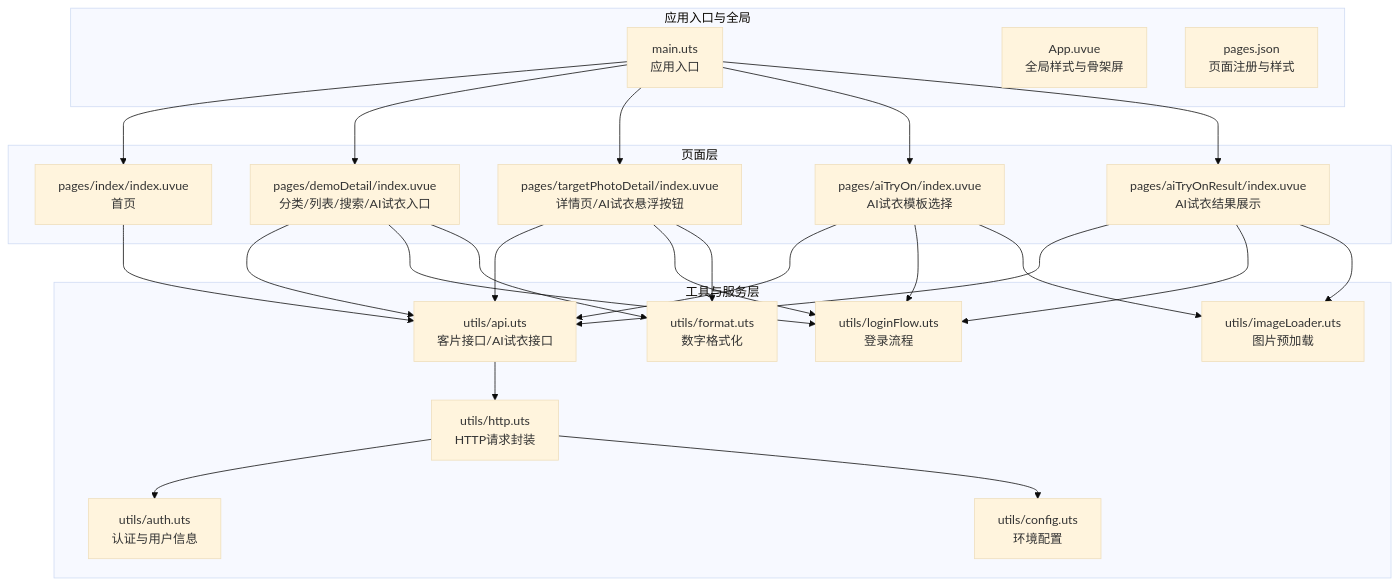
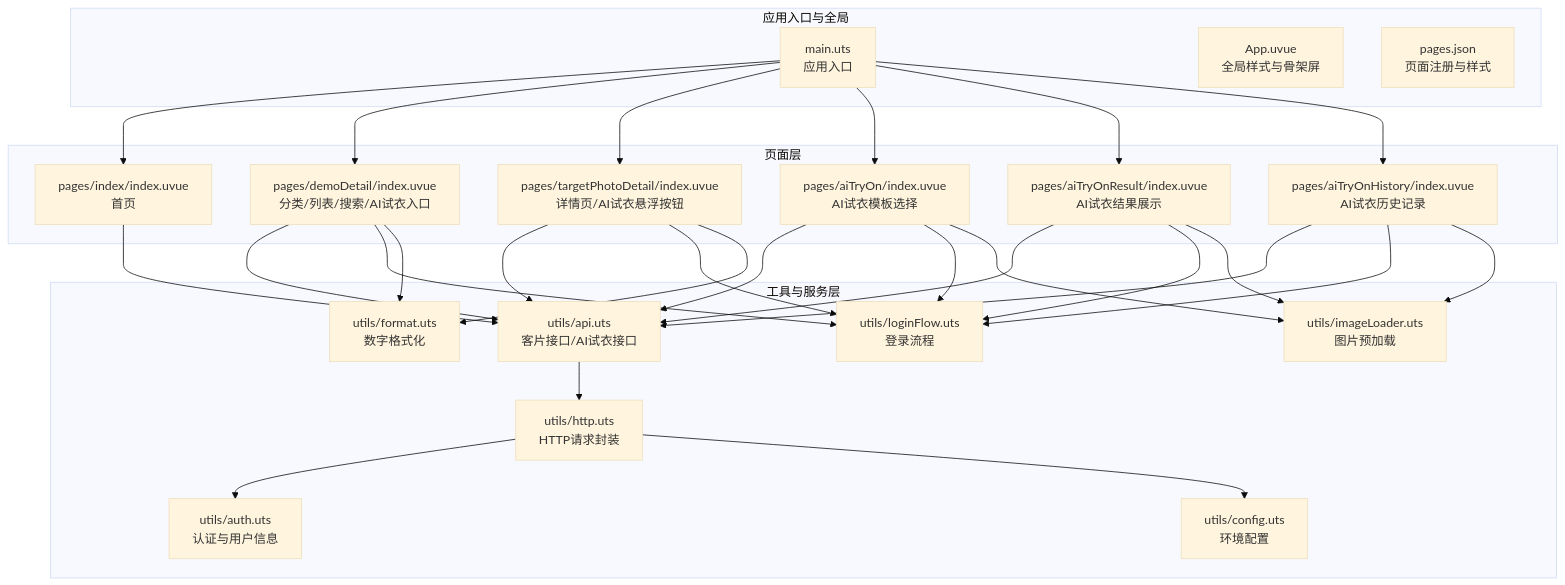
The first of 8 diagrams in .qoder/repowiki/zh/content/核心功能模块/客片管理系统/客片管理系统.md (crazyma99/blueberry), drawn with Mermaid (base theme) before and after one commit. The commit also changed other lines of this file and 4 other files, not shown here.

````diff
--- a/.qoder/repowiki/zh/content/核心功能模块/客片管理系统/客片管理系统.md
+++ b/.qoder/repowiki/zh/content/核心功能模块/客片管理系统/客片管理系统.md
@@ -59,45 +61,50 @@
 ```mermaid
 graph TB
 subgraph "应用入口与全局"
 A["main.uts<br/>应用入口"]
 B["App.uvue<br/>全局样式与骨架屏"]
 C["pages.json<br/>页面注册与样式"]
 end
 subgraph "页面层"
 D["pages/index/index.uvue<br/>首页"]
 E["pages/demoDetail/index.uvue<br/>分类/列表/搜索/AI试衣入口"]
 F["pages/targetPhotoDetail/index.uvue<br/>详情页/AI试衣悬浮按钮"]
 G["pages/aiTryOn/index.uvue<br/>AI试衣模板选择"]
 H["pages/aiTryOnResult/index.uvue<br/>AI试衣结果展示"]
+I["pages/aiTryOnHistory/index.uvue<br/>AI试衣历史记录"]
 end
 subgraph "工具与服务层"
-I["utils/api.uts<br/>客片接口/AI试衣接口"]
-J["utils/http.uts<br/>HTTP请求封装"]
-K["utils/auth.uts<br/>认证与用户信息"]
-L["utils/loginFlow.uts<br/>登录流程"]
-M["utils/format.uts<br/>数字格式化"]
-N["utils/imageLoader.uts<br/>图片预加载"]
-O["utils/config.uts<br/>环境配置"]
+J["utils/api.uts<br/>客片接口/AI试衣接口"]
+K["utils/http.uts<br/>HTTP请求封装"]
+L["utils/auth.uts<br/>认证与用户信息"]
+M["utils/loginFlow.uts<br/>登录流程"]
+N["utils/format.uts<br/>数字格式化"]
+O["utils/imageLoader.uts<br/>图片预加载"]
+P["utils/config.uts<br/>环境配置"]
 end
 A --> D
 A --> E
 A --> F
 A --> G
 A --> H
-D --> I
-E --> I
-F --> I
-G --> I
-H --> I
+A --> I
+D --> J
+E --> J
+F --> J
+G --> J
+H --> J
 I --> J
 J --> K
-E --> L
-F --> L
-G --> L
-H --> L
+K --> L
 E --> M
 F --> M
-G --> N
-H --> N
-J --> O
+G --> M
+H --> M
+I --> M
+E --> N
+F --> N
+G --> O
+H --> O
+I --> O
+K --> P
 ```
````
